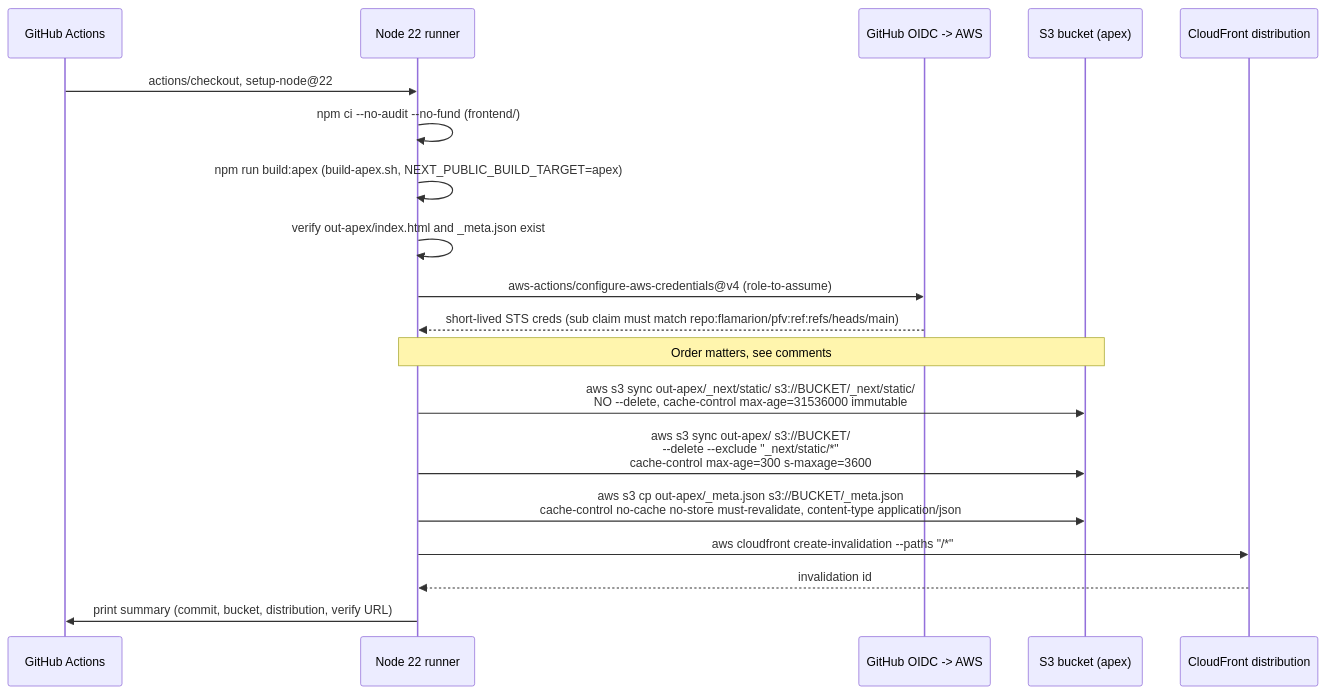
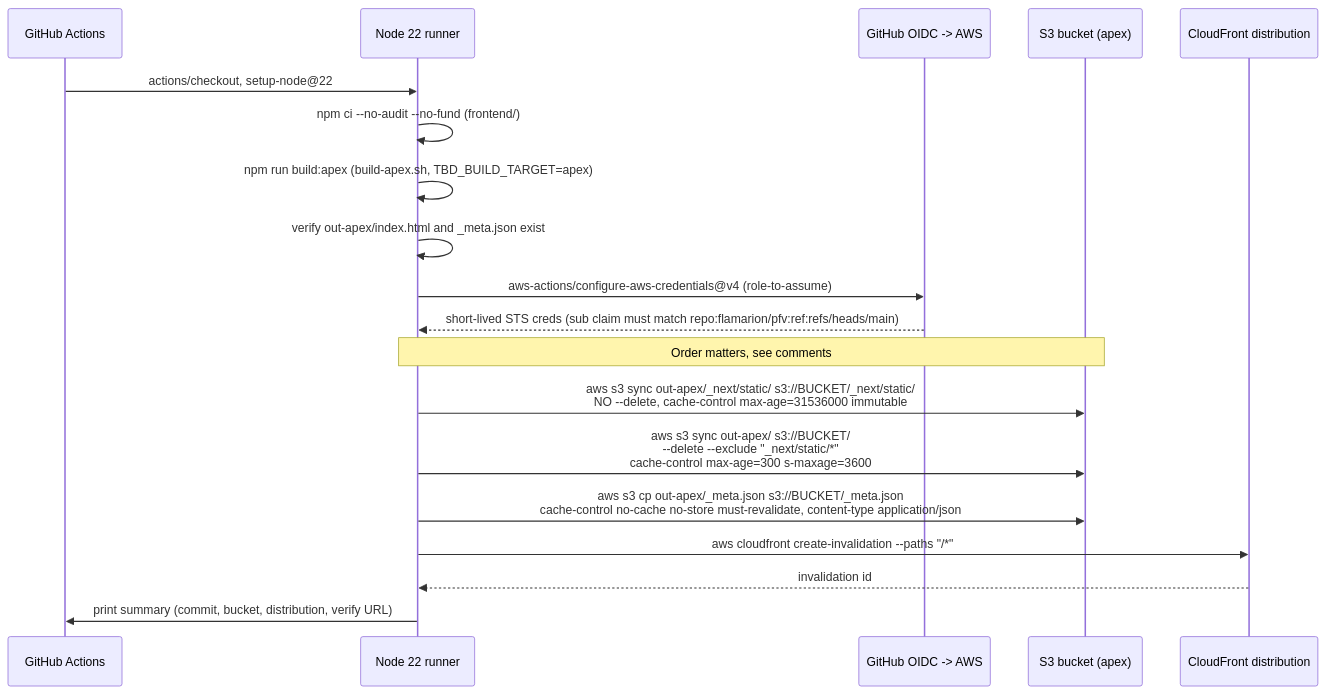
Before and after one commit to fjcloudaiconsulting/tbd: the fourth of 8 diagrams in docs/operations/DEPLOYMENT.md, drawn with Mermaid. The commit also changed other lines of this file and 38 other files, not shown here.

````diff
--- a/docs/operations/DEPLOYMENT.md
+++ b/docs/operations/DEPLOYMENT.md
@@ -529,22 +529,22 @@
 ```mermaid
 sequenceDiagram
   participant GH as GitHub Actions
   participant Node as Node 22 runner
   participant OIDC as GitHub OIDC -> AWS
   participant S3 as S3 bucket (apex)
   participant CF as CloudFront distribution
 
   GH->>Node: actions/checkout, setup-node@22
   Node->>Node: npm ci --no-audit --no-fund (frontend/)
-  Node->>Node: npm run build:apex (build-apex.sh, NEXT_PUBLIC_BUILD_TARGET=apex)
+  Node->>Node: npm run build:apex (build-apex.sh, TBD_BUILD_TARGET=apex)
   Node->>Node: verify out-apex/index.html and _meta.json exist
   Node->>OIDC: aws-actions/configure-aws-credentials@v4 (role-to-assume)
   OIDC-->>Node: short-lived STS creds (sub claim must match repo:flamarion/pfv:ref:refs/heads/main)
   Note over Node,S3: Order matters, see comments
   Node->>S3: aws s3 sync out-apex/_next/static/ s3://BUCKET/_next/static/<br/>NO --delete, cache-control max-age=31536000 immutable
   Node->>S3: aws s3 sync out-apex/ s3://BUCKET/<br/>--delete --exclude "_next/static/*"<br/>cache-control max-age=300 s-maxage=3600
   Node->>S3: aws s3 cp out-apex/_meta.json s3://BUCKET/_meta.json<br/>cache-control no-cache no-store must-revalidate, content-type application/json
   Node->>CF: aws cloudfront create-invalidation --paths "/*"
   CF-->>Node: invalidation id
   Node->>GH: print summary (commit, bucket, distribution, verify URL)
 ```
````
